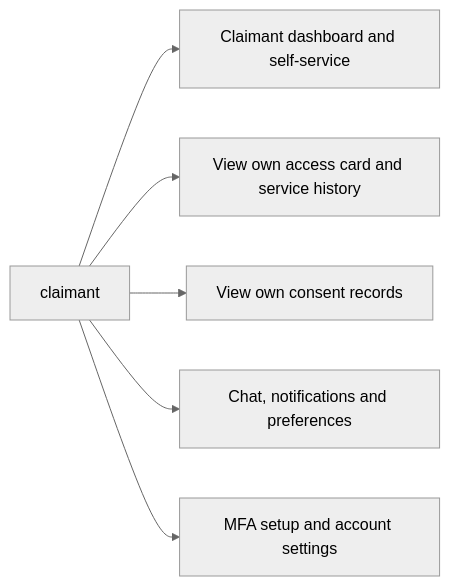
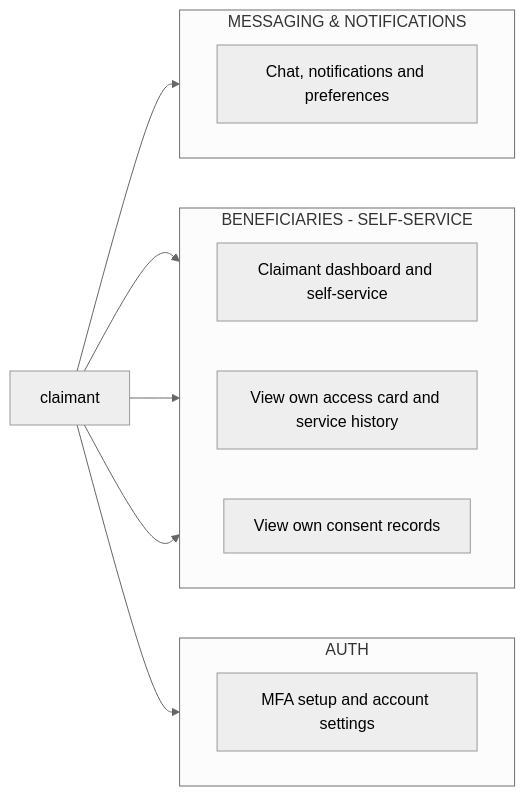
The second of 11 diagrams in docs/diagrams/02-use-case-diagram.md (urlsalimbot/THESIS1-KAPWA), drawn with Mermaid (neutral theme) before and after one commit. The commit also changed other lines of this file, not shown here.

Commit message:
docs: group use cases by category within each per-role diagram

````diff
--- a/docs/diagrams/02-use-case-diagram.md
+++ b/docs/diagrams/02-use-case-diagram.md
@@ -52,9 +64,27 @@
 ```mermaid
 flowchart LR
     C["claimant"]
-    C --> UC1["Claimant dashboard and self-service"]
-    C --> UC2["View own access card and service history"]
-    C --> UC3["View own consent records"]
-    C --> UC4["Chat, notifications and preferences"]
-    C --> UC5["MFA setup and account settings"]
+
+    subgraph Auth[AUTH]
+        direction LR
+        C1["MFA setup and account settings"]
+    end
+
+    subgraph Beneficiaries[BENEFICIARIES - SELF-SERVICE]
+        direction LR
+        C2["Claimant dashboard and self-service"]
+        C3["View own access card and service history"]
+        C4["View own consent records"]
+    end
+
+    subgraph Messaging[MESSAGING & NOTIFICATIONS]
+        direction LR
+        C5["Chat, notifications and preferences"]
+    end
+
+    C --> C1
+    C --> C2
+    C --> C3
+    C --> C4
+    C --> C5
 ```
````
